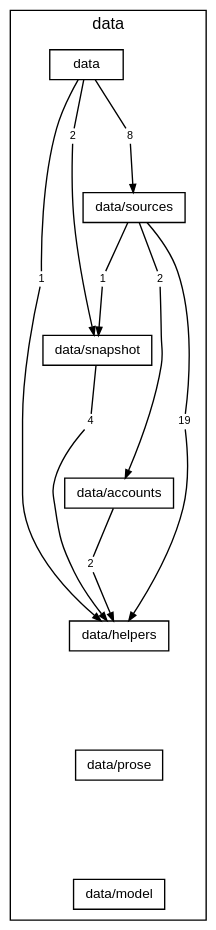
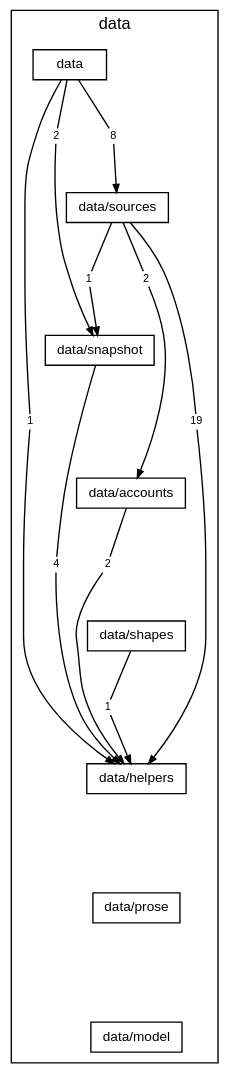
The diagram in docs/diagrams/layer-data.dot (TheAxeC/oculus), drawn with Graphviz before and after one commit. The commit also changed 213 other files, not shown here.

```diff
--- a/docs/diagrams/layer-data.dot
+++ b/docs/diagrams/layer-data.dot
@@ -1,45 +1,50 @@
 digraph layer_data {
     graph [bgcolor="transparent", rankdir=TB, newrank=true, fontname="Helvetica,Arial,sans-serif", fontsize=12, nodesep=0.2, ranksep=0.5];
     node [shape=box, color="black", fontcolor="black", fontname="Helvetica,Arial,sans-serif", fontsize=10, height=0.3, margin="0.12,0.04"];
     edge [color="black", fontcolor="black", fontname="Helvetica,Arial,sans-serif", fontsize=8, arrowsize=0.6];
     subgraph "cluster_data" {
         label="data"; style=solid;
         "folder data" [label="data"];
         "folder data/sources" [label="data/sources"];
         "folder data/snapshot" [label="data/snapshot"];
         "folder data/accounts" [label="data/accounts"];
+        "folder data/shapes" [label="data/shapes"];
         "folder data/helpers" [label="data/helpers"];
         "folder data/prose" [label="data/prose"];
         "folder data/model" [label="data/model"];
         "folder data to folder data/helpers" [label="1", shape=box, color="transparent", fontsize=8, width=0, height=0, margin="0.04,0.02"];
         "folder data to folder data/snapshot" [label="2", shape=box, color="transparent", fontsize=8, width=0, height=0, margin="0.04,0.02"];
         "folder data to folder data/sources" [label="8", shape=box, color="transparent", fontsize=8, width=0, height=0, margin="0.04,0.02"];
         "folder data/sources to folder data/accounts" [label="2", shape=box, color="transparent", fontsize=8, width=0, height=0, margin="0.04,0.02"];
         "folder data/sources to folder data/helpers" [label="19", shape=box, color="transparent", fontsize=8, width=0, height=0, margin="0.04,0.02"];
         "folder data/sources to folder data/snapshot" [label="1", shape=box, color="transparent", fontsize=8, width=0, height=0, margin="0.04,0.02"];
         "folder data/snapshot to folder data/helpers" [label="4", shape=box, color="transparent", fontsize=8, width=0, height=0, margin="0.04,0.02"];
         "folder data/accounts to folder data/helpers" [label="2", shape=box, color="transparent", fontsize=8, width=0, height=0, margin="0.04,0.02"];
+        "folder data/shapes to folder data/helpers" [label="1", shape=box, color="transparent", fontsize=8, width=0, height=0, margin="0.04,0.02"];
     }
     "folder data" -> "folder data/sources" [style=invis, weight=10, minlen=2];
     "folder data/sources" -> "folder data/snapshot" [style=invis, weight=10, minlen=2];
     "folder data/snapshot" -> "folder data/accounts" [style=invis, weight=10, minlen=2];
-    "folder data/accounts" -> "folder data/helpers" [style=invis, weight=10, minlen=2];
+    "folder data/accounts" -> "folder data/shapes" [style=invis, weight=10, minlen=2];
+    "folder data/shapes" -> "folder data/helpers" [style=invis, weight=10, minlen=2];
     "folder data/helpers" -> "folder data/prose" [style=invis, weight=10, minlen=2];
     "folder data/prose" -> "folder data/model" [style=invis, weight=10, minlen=2];
-    "folder data" -> "folder data to folder data/helpers" [arrowhead=none, minlen=3, weight=10];
+    "folder data" -> "folder data to folder data/helpers" [arrowhead=none, minlen=5, weight=10];
     "folder data to folder data/helpers" -> "folder data/helpers" [];
     "folder data" -> "folder data to folder data/snapshot" [arrowhead=none, minlen=1, weight=10];
     "folder data to folder data/snapshot" -> "folder data/snapshot" [];
     "folder data" -> "folder data to folder data/sources" [arrowhead=none, minlen=1, weight=10];
     "folder data to folder data/sources" -> "folder data/sources" [];
     "folder data/sources" -> "folder data/sources to folder data/accounts" [arrowhead=none, minlen=1, weight=10];
     "folder data/sources to folder data/accounts" -> "folder data/accounts" [];
     "folder data/sources" -> "folder data/sources to folder data/helpers" [arrowhead=none, minlen=3, weight=10];
     "folder data/sources to folder data/helpers" -> "folder data/helpers" [];
     "folder data/sources" -> "folder data/sources to folder data/snapshot" [arrowhead=none, minlen=1, weight=10];
     "folder data/sources to folder data/snapshot" -> "folder data/snapshot" [];
-    "folder data/snapshot" -> "folder data/snapshot to folder data/helpers" [arrowhead=none, minlen=1, weight=10];
+    "folder data/snapshot" -> "folder data/snapshot to folder data/helpers" [arrowhead=none, minlen=3, weight=10];
     "folder data/snapshot to folder data/helpers" -> "folder data/helpers" [];
     "folder data/accounts" -> "folder data/accounts to folder data/helpers" [arrowhead=none, minlen=1, weight=10];
     "folder data/accounts to folder data/helpers" -> "folder data/helpers" [];
+    "folder data/shapes" -> "folder data/shapes to folder data/helpers" [arrowhead=none, minlen=1, weight=10];
+    "folder data/shapes to folder data/helpers" -> "folder data/helpers" [];
 }
```
